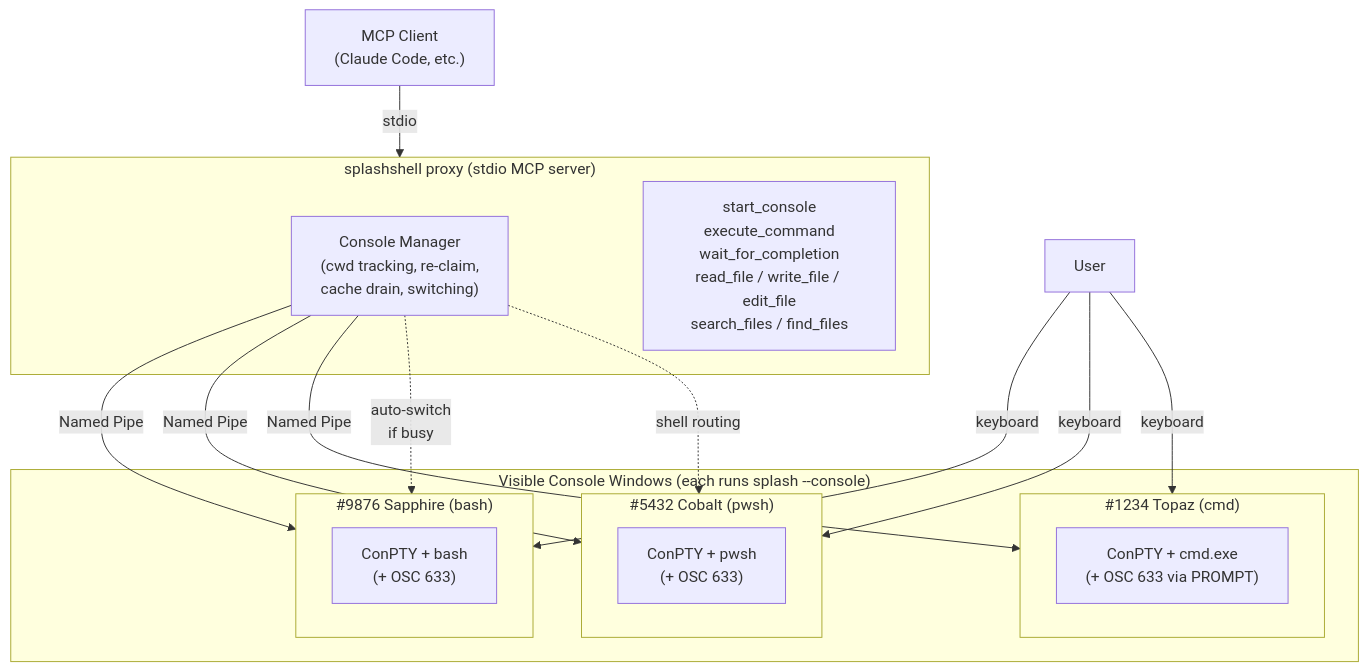
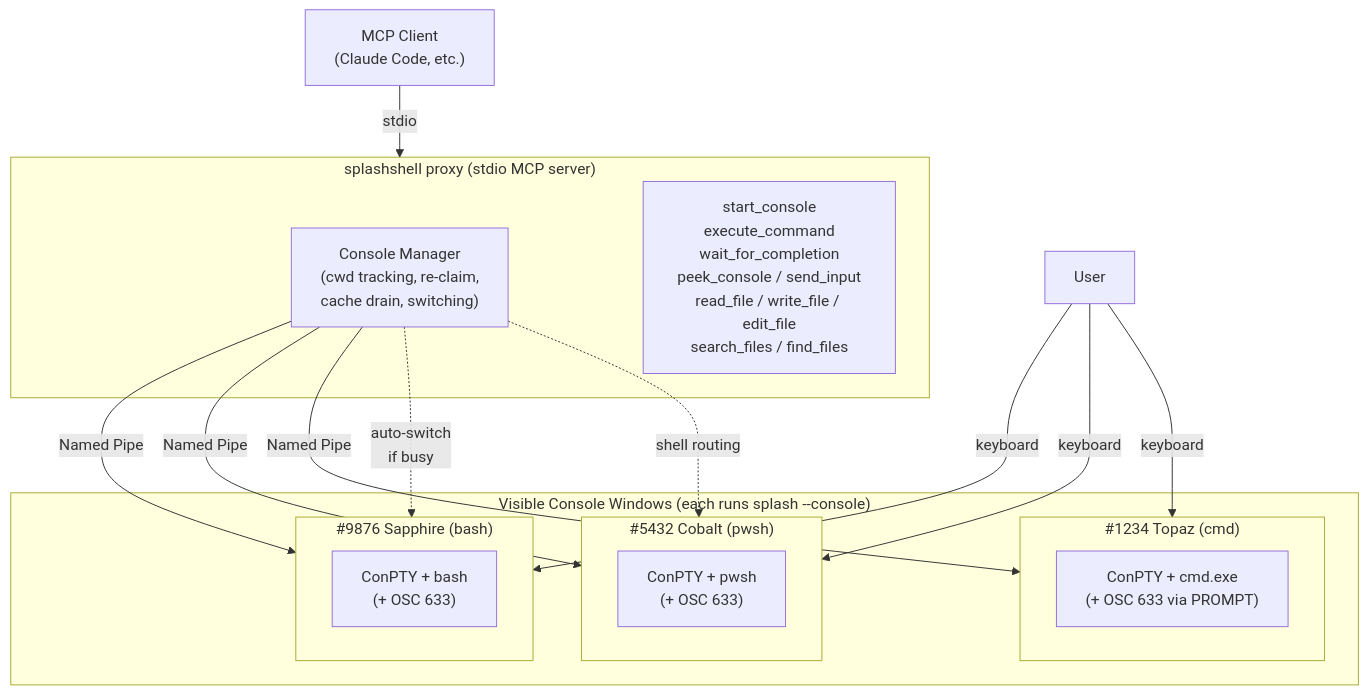
One commit to yotsuda/ripple changed the diagram in README.md. Above: the diagram before and after it, drawn with Mermaid. The commit also changed other lines of this file, not shown here.

First line of the commit message:
Update README with peek_console, send_input, and multi-line support

````diff
--- a/README.md
+++ b/README.md
@@ -19,31 +22,31 @@
 ```mermaid
 graph TB
     Client["MCP Client<br/>(Claude Code, etc.)"]
 
     subgraph Proxy["splashshell proxy (stdio MCP server)"]
         CM["Console Manager<br/>(cwd tracking, re-claim,<br/>cache drain, switching)"]
-        Tools["start_console<br/>execute_command<br/>wait_for_completion<br/>read_file / write_file / edit_file<br/>search_files / find_files"]
+        Tools["start_console<br/>execute_command<br/>wait_for_completion<br/>peek_console / send_input<br/>read_file / write_file / edit_file<br/>search_files / find_files"]
     end
 
     subgraph Consoles["Visible Console Windows (each runs splash --console)"]
         subgraph C1["#9876 Sapphire (bash)"]
             PTY1["ConPTY + bash<br/>(+ OSC 633)"]
         end
         subgraph C2["#5432 Cobalt (pwsh)"]
             PTY2["ConPTY + pwsh<br/>(+ OSC 633)"]
         end
         subgraph C3["#1234 Topaz (cmd)"]
             PTY3["ConPTY + cmd.exe<br/>(+ OSC 633 via PROMPT)"]
         end
     end
 
     User["User"] -- "keyboard" --> C1
     User -- "keyboard" --> C2
     User -- "keyboard" --> C3
     Client -- "stdio" --> Proxy
     CM -- "Named Pipe" --> C1
     CM -- "Named Pipe" --> C2
     CM -- "Named Pipe" --> C3
     CM -. "auto-switch<br/>if busy" .-> C1
     CM -. "shell routing" .-> C2
 ```
````
